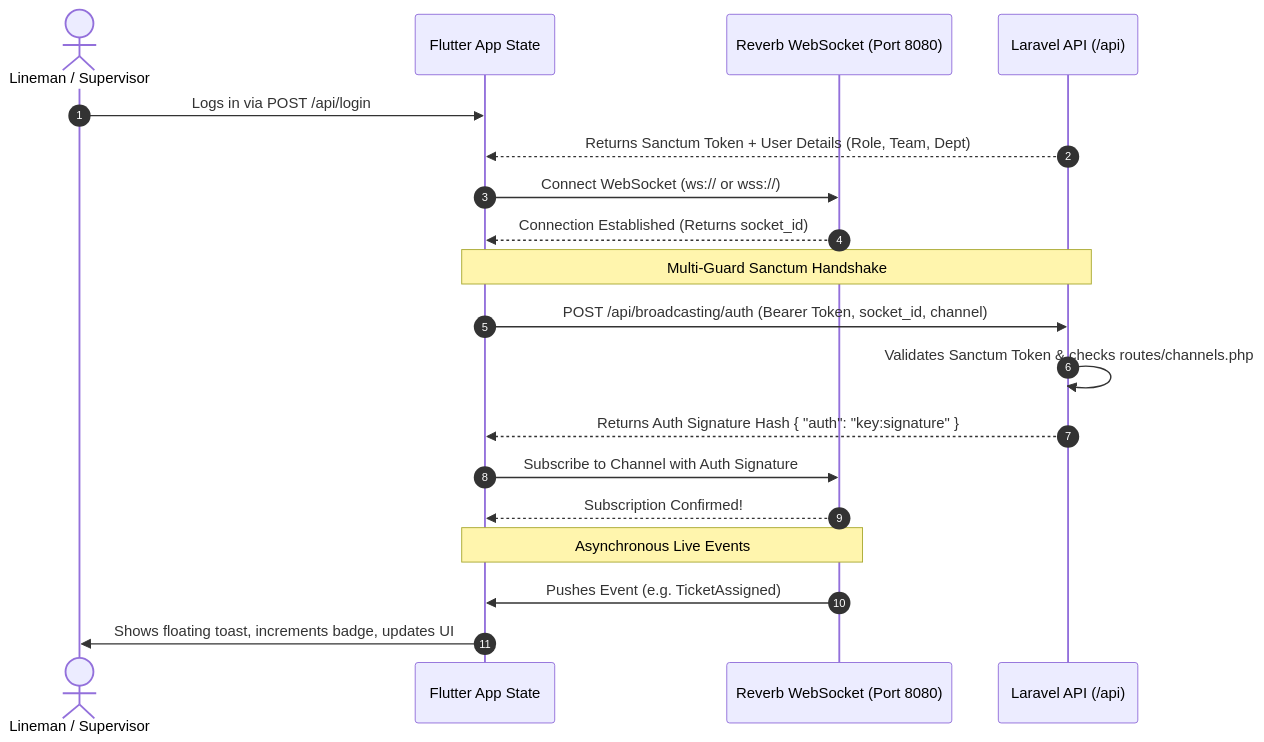
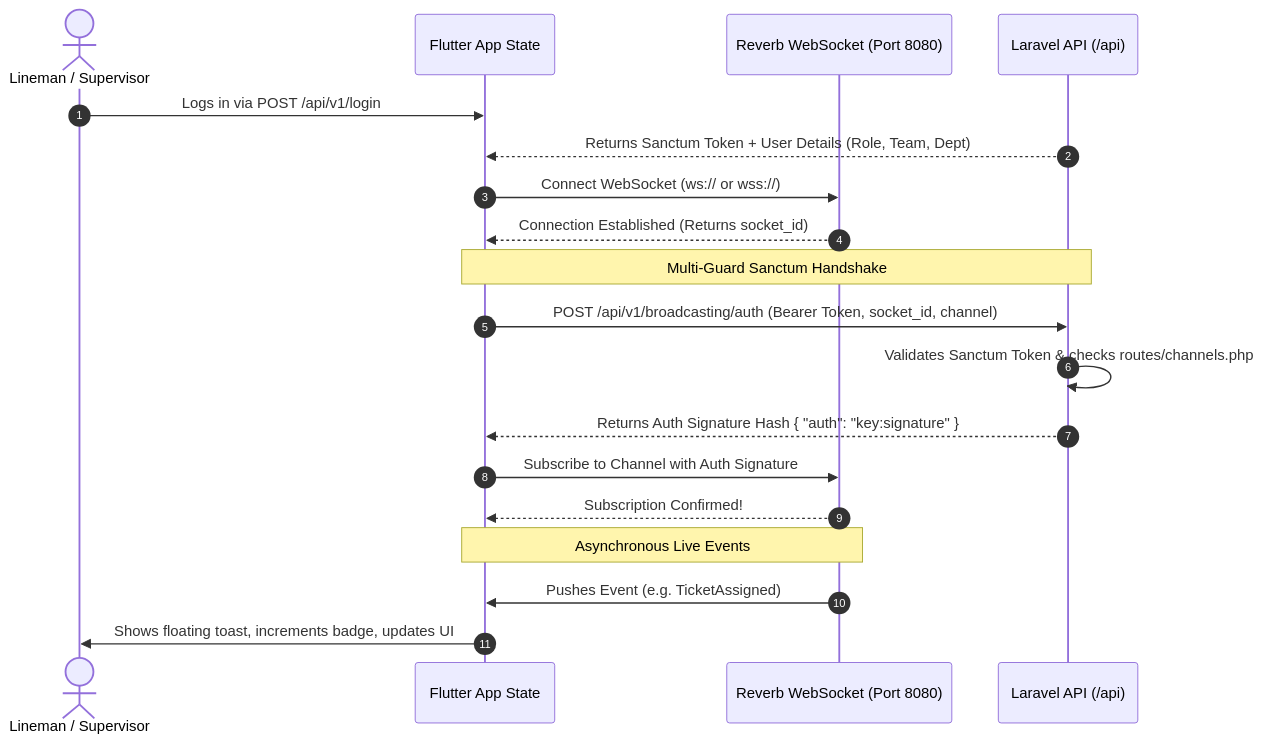
Before and after one commit to FernandezCorporate/-NEW-CRM-PALECO: the first of 2 diagrams in docs/dev/FLUTTER_REALTIME_WEBSOCKET_SPECIFICATION.md, drawn with Mermaid. The commit also changed other lines of this file and 14 other files, not shown here.

````diff
--- a/docs/dev/FLUTTER_REALTIME_WEBSOCKET_SPECIFICATION.md
+++ b/docs/dev/FLUTTER_REALTIME_WEBSOCKET_SPECIFICATION.md
@@ -64,25 +64,25 @@
 ```mermaid
 sequenceDiagram
     autonumber
     actor Field as Lineman / Supervisor
     participant Mobile as Flutter App State
     participant WS as Reverb WebSocket (Port 8080)
     participant Backend as Laravel API (/api)
 
-    Field->>Mobile: Logs in via POST /api/login
+    Field->>Mobile: Logs in via POST /api/v1/login
     Backend-->>Mobile: Returns Sanctum Token + User Details (Role, Team, Dept)
     Mobile->>WS: Connect WebSocket (ws:// or wss://)
     WS-->>Mobile: Connection Established (Returns socket_id)
 
     Note over Mobile,Backend: Multi-Guard Sanctum Handshake
-    Mobile->>Backend: POST /api/broadcasting/auth (Bearer Token, socket_id, channel)
+    Mobile->>Backend: POST /api/v1/broadcasting/auth (Bearer Token, socket_id, channel)
     Backend->>Backend: Validates Sanctum Token & checks routes/channels.php
     Backend-->>Mobile: Returns Auth Signature Hash { "auth": "key:signature" }
 
     Mobile->>WS: Subscribe to Channel with Auth Signature
     WS-->>Mobile: Subscription Confirmed!
 
     Note over WS,Mobile: Asynchronous Live Events
     WS->>Mobile: Pushes Event (e.g. TicketAssigned)
     Mobile->>Field: Shows floating toast, increments badge, updates UI
 ```
````
